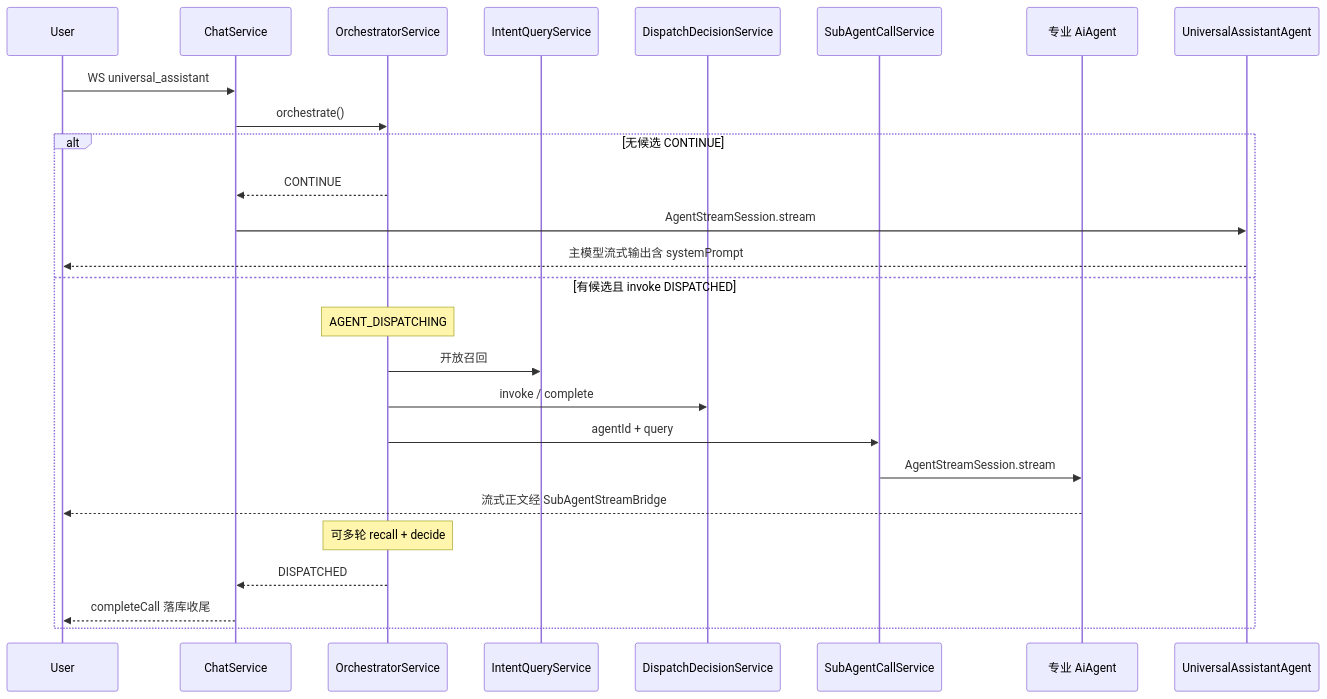
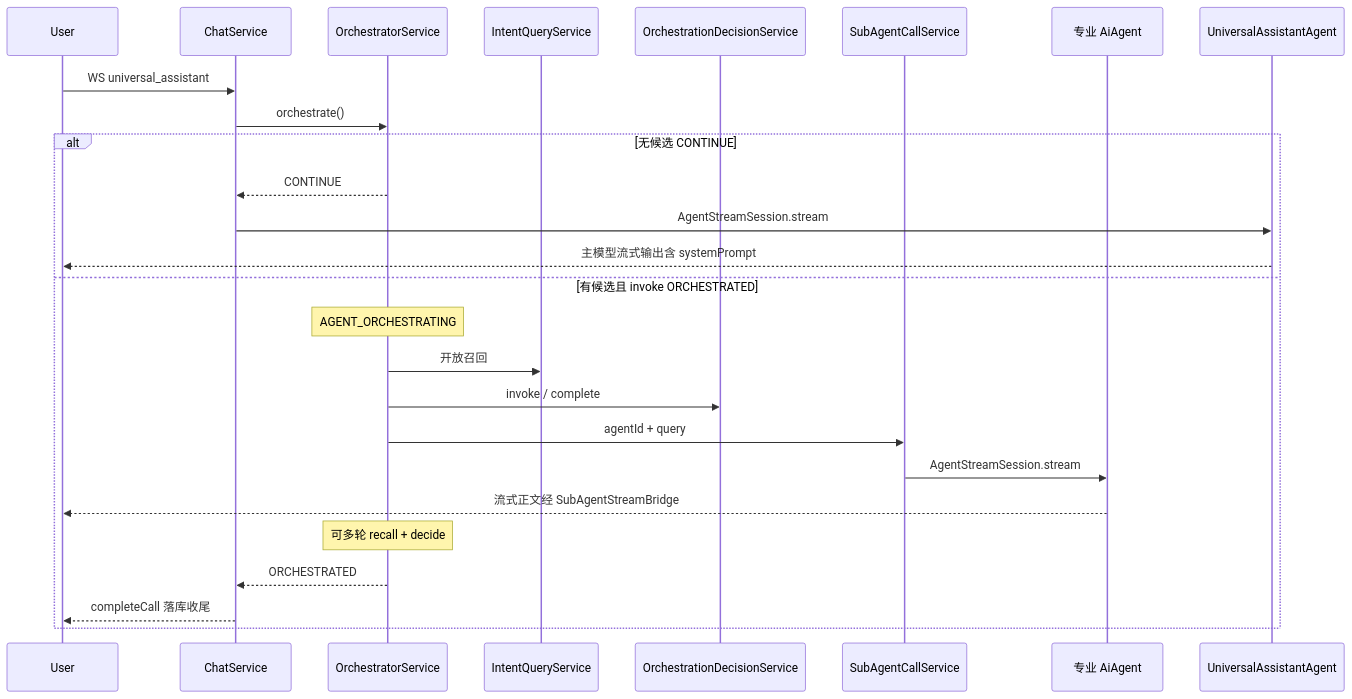
Before and after one commit to j2agent-ai/j2agent-docs: the second of 3 diagrams in 平台/通用助手/README.md, drawn with Mermaid. The commit also changed other lines of this file and 7 other files, not shown here.

````diff
--- a/平台/通用助手/README.md
+++ b/平台/通用助手/README.md
@@ -43,29 +43,29 @@
 ```mermaid
 sequenceDiagram
   participant User
   participant ChatService
   participant Orch as OrchestratorService
   participant Svc as IntentQueryService
-  participant Decide as DispatchDecisionService
+  participant Decide as OrchestrationDecisionService
   participant Call as SubAgentCallService
   participant Specialist as 专业 AiAgent
   participant Main as UniversalAssistantAgent
 
   User->>ChatService: WS universal_assistant
   ChatService->>Orch: orchestrate()
   alt 无候选 CONTINUE
     Orch-->>ChatService: CONTINUE
     ChatService->>Main: AgentStreamSession.stream
     Main-->>User: 主模型流式输出含 systemPrompt
-  else 有候选且 invoke DISPATCHED
-    Note over Orch: AGENT_DISPATCHING
+  else 有候选且 invoke ORCHESTRATED
+    Note over Orch: AGENT_ORCHESTRATING
     Orch->>Svc: 开放召回
     Orch->>Decide: invoke / complete
     Orch->>Call: agentId + query
     Call->>Specialist: AgentStreamSession.stream
     Specialist-->>User: 流式正文经 SubAgentStreamBridge
     Note over Orch: 可多轮 recall + decide
-    Orch-->>ChatService: DISPATCHED
+    Orch-->>ChatService: ORCHESTRATED
     ChatService-->>User: completeCall 落库收尾
   end
 ```
````
